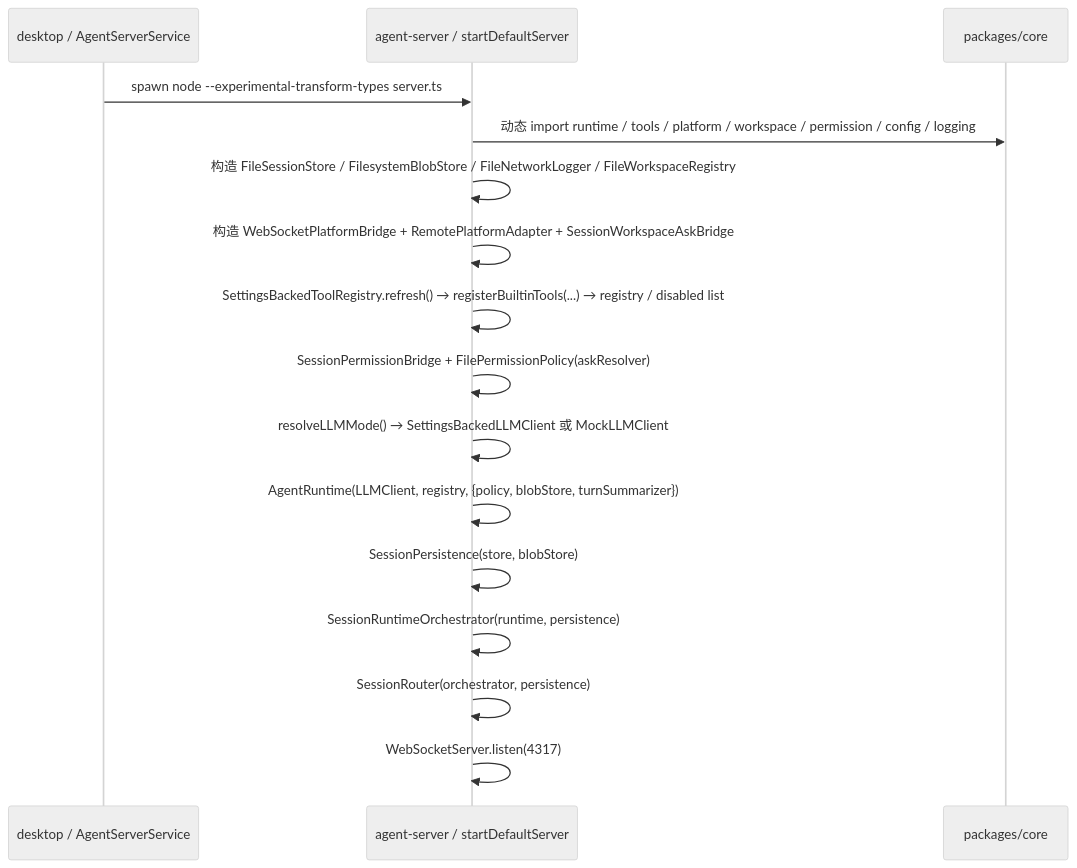
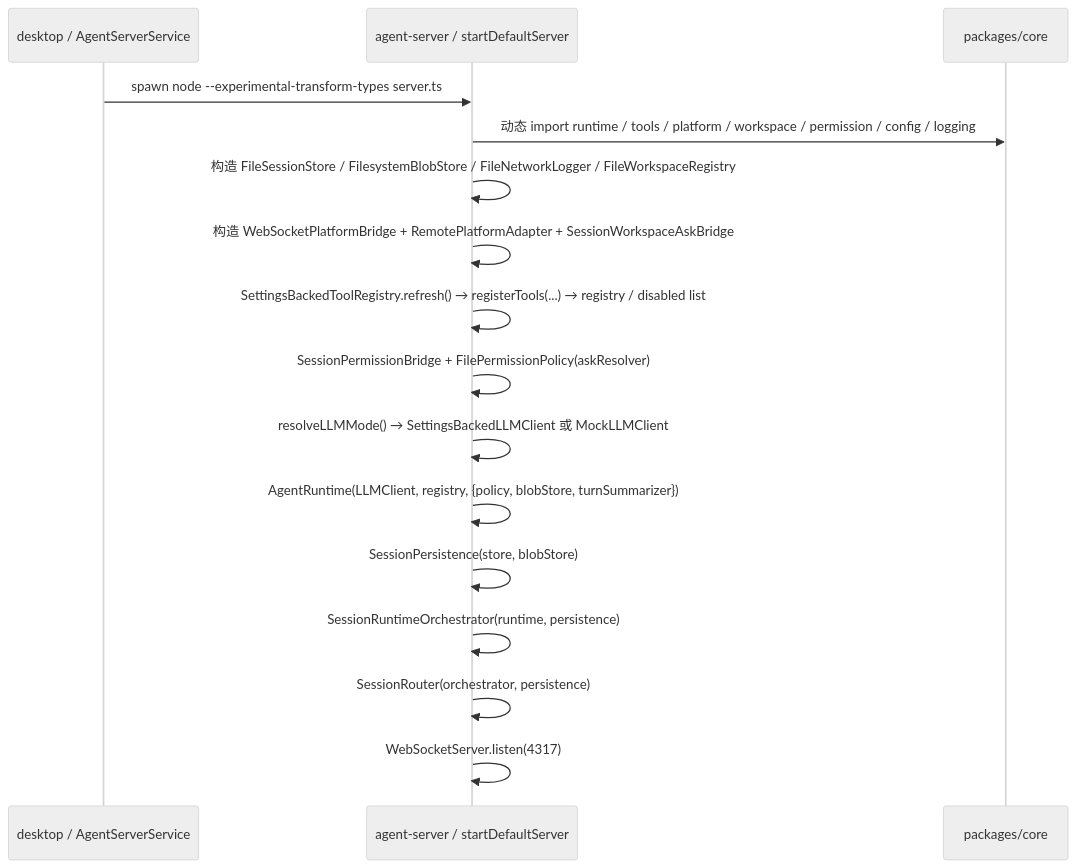
Before and after one commit to Lixuhang987/SpotAgent: the diagram in apps/agent-server/agent-server.md, drawn with Mermaid (neutral theme). The commit also changed other lines of this file and 16 other files, not shown here.

Commit message:
feat: add local plugin tool registry

````diff
--- a/apps/agent-server/agent-server.md
+++ b/apps/agent-server/agent-server.md
@@ -28,19 +28,19 @@
 ```mermaid
 sequenceDiagram
   participant Desktop as desktop / AgentServerService
   participant Server as agent-server / startDefaultServer
   participant Core as packages/core
 
   Desktop->>Server: spawn node --experimental-transform-types server.ts
   Server->>Core: 动态 import runtime / tools / platform / workspace / permission / config / logging
   Server->>Server: 构造 FileSessionStore / FilesystemBlobStore / FileNetworkLogger / FileWorkspaceRegistry
   Server->>Server: 构造 WebSocketPlatformBridge + RemotePlatformAdapter + SessionWorkspaceAskBridge
-  Server->>Server: SettingsBackedToolRegistry.refresh() → registerBuiltinTools(...) → registry / disabled list
+  Server->>Server: SettingsBackedToolRegistry.refresh() → registerTools(...) → registry / disabled list
   Server->>Server: SessionPermissionBridge + FilePermissionPolicy(askResolver)
   Server->>Server: resolveLLMMode() → SettingsBackedLLMClient 或 MockLLMClient
   Server->>Server: AgentRuntime(LLMClient, registry, {policy, blobStore, turnSummarizer})
   Server->>Server: SessionPersistence(store, blobStore)
   Server->>Server: SessionRuntimeOrchestrator(runtime, persistence)
   Server->>Server: SessionRouter(orchestrator, persistence)
   Server->>Server: WebSocketServer.listen(4317)
 ```
````
